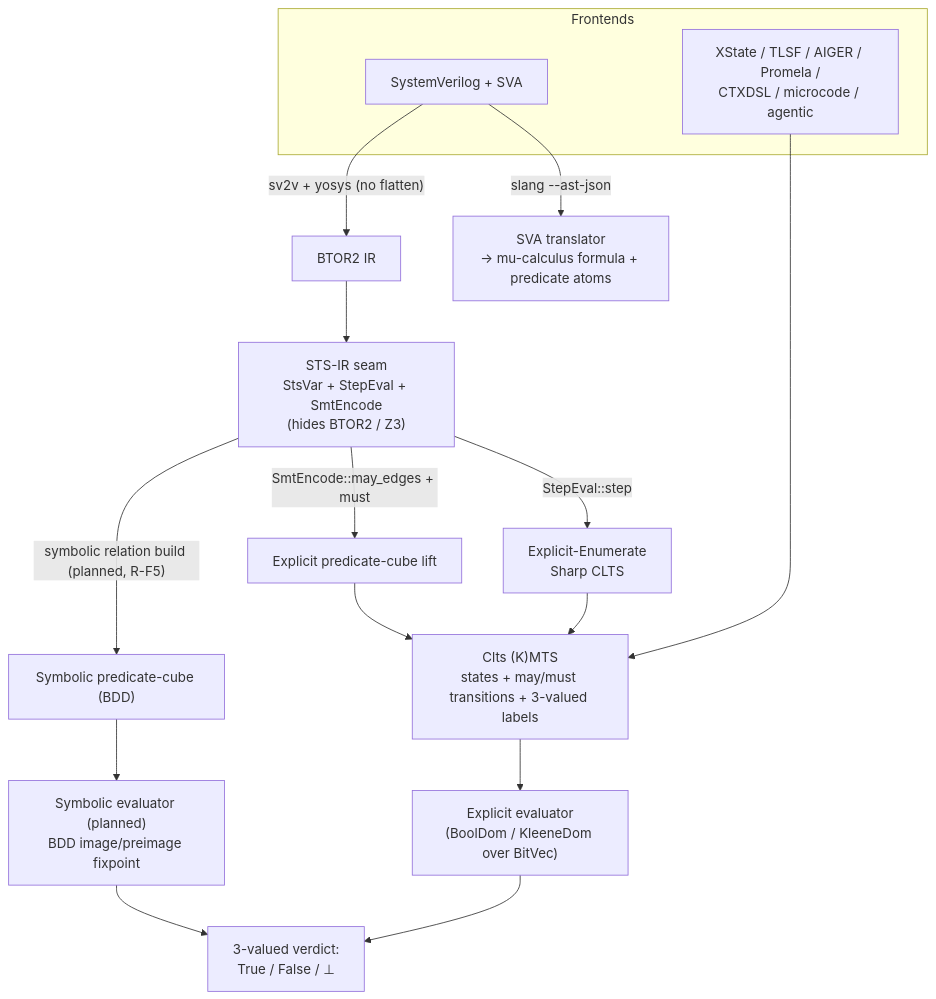
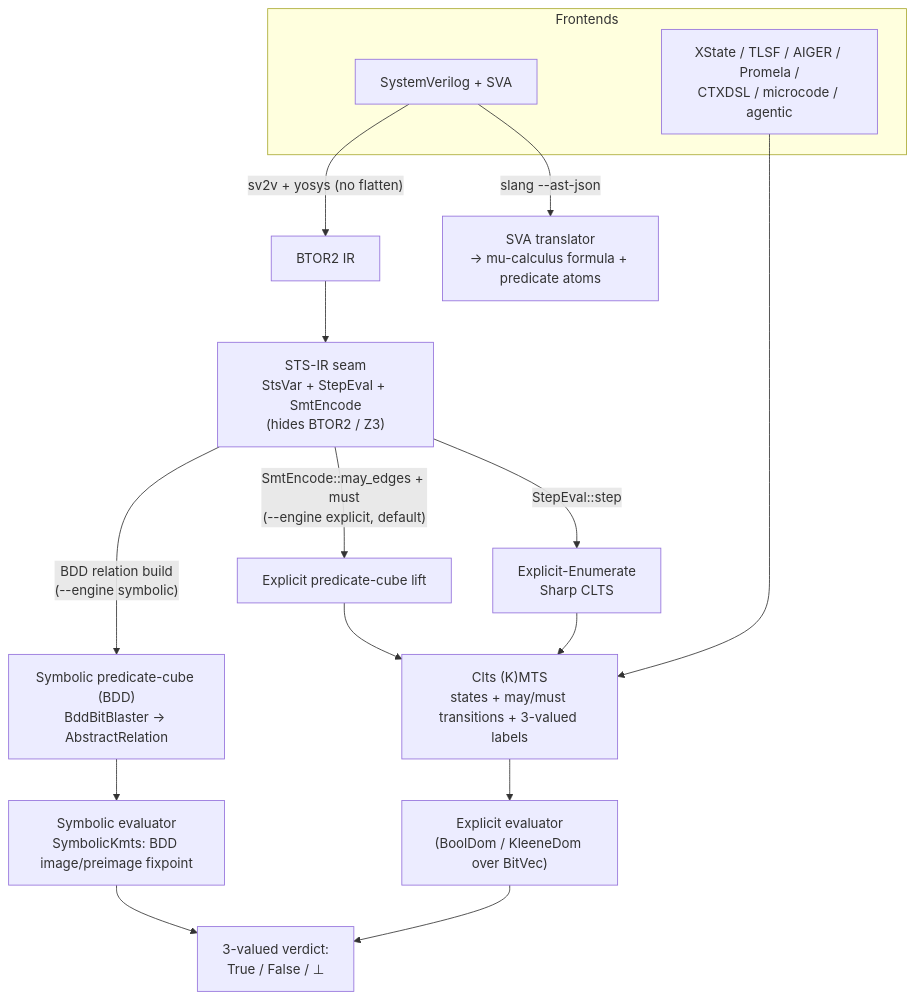
Before and after one commit to vscorza/mununu: the diagram in README.md, drawn with Mermaid. The commit also changed other lines of this file and 2 other files, not shown here.

````diff
--- a/README.md
+++ b/README.md
@@ -153,26 +153,26 @@
 ```mermaid
 flowchart TD
   subgraph FE["Frontends"]
     SV["SystemVerilog + SVA"]
     OTH["XState / TLSF / AIGER / Promela /<br/>CTXDSL / microcode / agentic"]
   end
 
   SV -->|"slang --ast-json"| TR["SVA translator<br/>→ mu-calculus formula + predicate atoms"]
   SV -->|"sv2v + yosys (no flatten)"| B2["BTOR2 IR"]
 
   B2 --> STS["STS-IR seam<br/>StsVar + StepEval + SmtEncode<br/>(hides BTOR2 / Z3)"]
 
   STS -->|"StepEval::step"| ENUM["Explicit-Enumerate<br/>Sharp CLTS"]
-  STS -->|"SmtEncode::may_edges + must"| CUBE["Explicit predicate-cube lift"]
-  STS -->|"symbolic relation build (planned, R-F5)"| SYM["Symbolic predicate-cube (BDD)"]
+  STS -->|"SmtEncode::may_edges + must<br/>(--engine explicit, default)"| CUBE["Explicit predicate-cube lift"]
+  STS -->|"BDD relation build<br/>(--engine symbolic)"| SYM["Symbolic predicate-cube (BDD)<br/>BddBitBlaster → AbstractRelation"]
 
   ENUM --> CLTS["Clts (K)MTS<br/>states + may/must transitions + 3-valued labels"]
   CUBE --> CLTS
   OTH --> CLTS
 
   CLTS --> EVX["Explicit evaluator<br/>(BoolDom / KleeneDom over BitVec)"]
-  SYM --> EVS["Symbolic evaluator (planned)<br/>BDD image/preimage fixpoint"]
+  SYM --> EVS["Symbolic evaluator<br/>SymbolicKmts: BDD image/preimage fixpoint"]
 
   EVX --> V["3-valued verdict:<br/>True / False / ⊥"]
   EVS --> V
 ```
````
